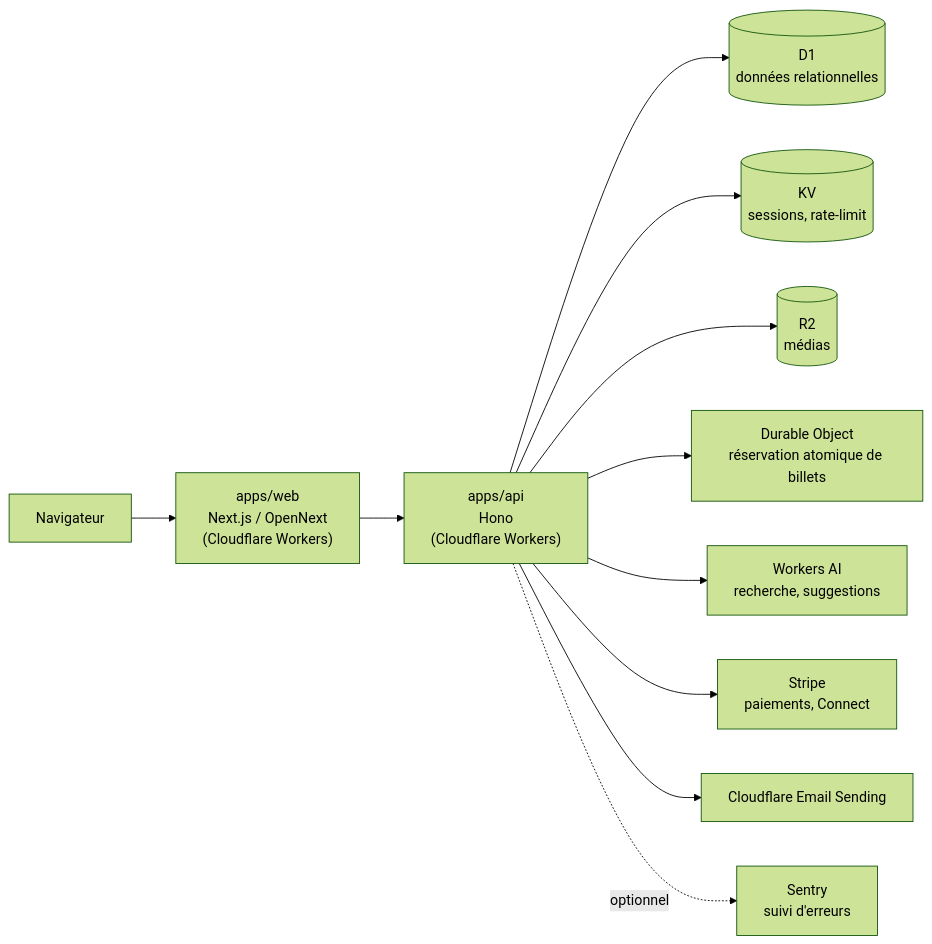
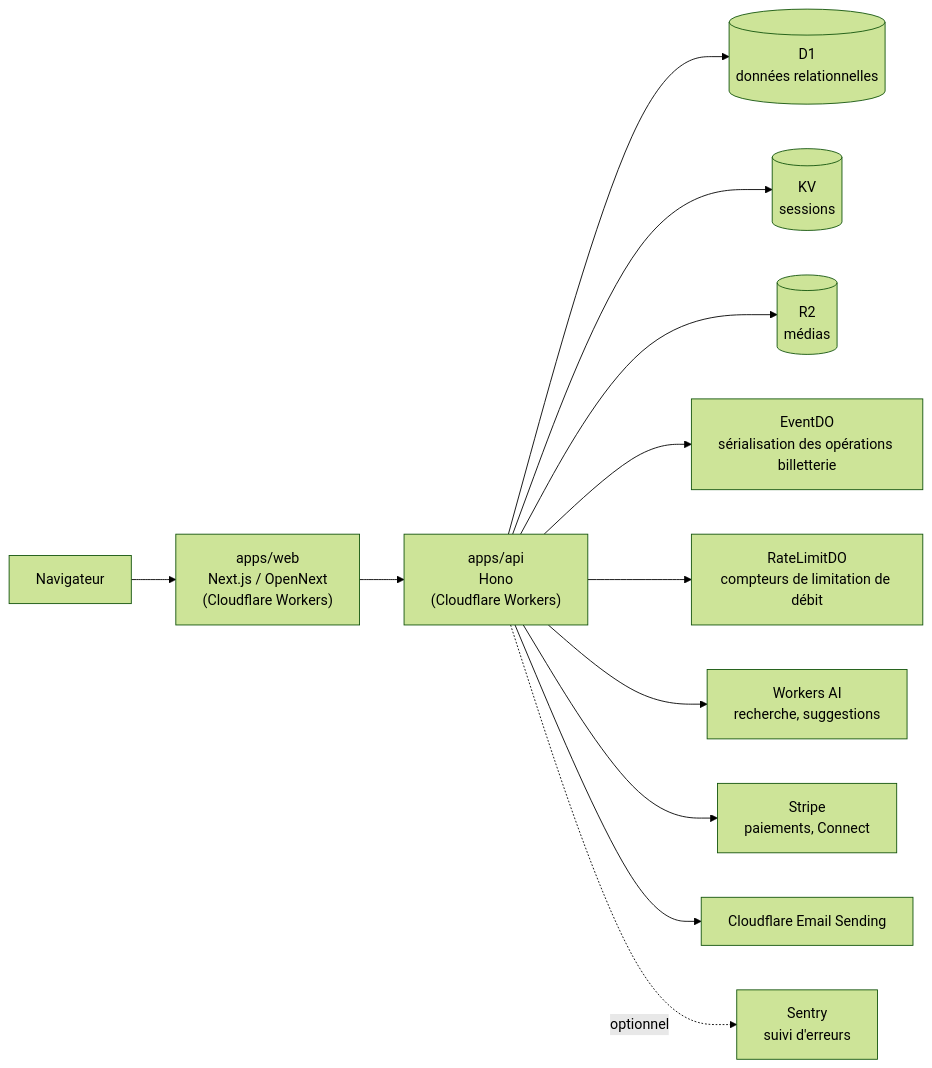
The diagram in README.md (loevel/eventgalo), drawn with Mermaid (forest theme) before and after one commit. The commit also changed other lines of this file and 51 other files, not shown here.

````diff
--- a/README.md
+++ b/README.md
@@ -13,13 +13,14 @@
 ```mermaid
 flowchart LR
   Browser["Navigateur"] --> Web["apps/web<br/>Next.js / OpenNext<br/>(Cloudflare Workers)"]
   Web --> API["apps/api<br/>Hono<br/>(Cloudflare Workers)"]
   API --> D1[("D1<br/>données relationnelles")]
-  API --> KV[("KV<br/>sessions, rate-limit")]
+  API --> KV[("KV<br/>sessions")]
   API --> R2[("R2<br/>médias")]
-  API --> DO["Durable Object<br/>réservation atomique de billets"]
+  API --> DO["EventDO<br/>sérialisation des opérations billetterie"]
+  API --> RLDO["RateLimitDO<br/>compteurs de limitation de débit"]
   API --> AIW["Workers AI<br/>recherche, suggestions"]
   API --> Stripe["Stripe<br/>paiements, Connect"]
   API --> Email["Cloudflare Email Sending"]
   API -.optionnel.-> Sentry["Sentry<br/>suivi d'erreurs"]
 ```
````
